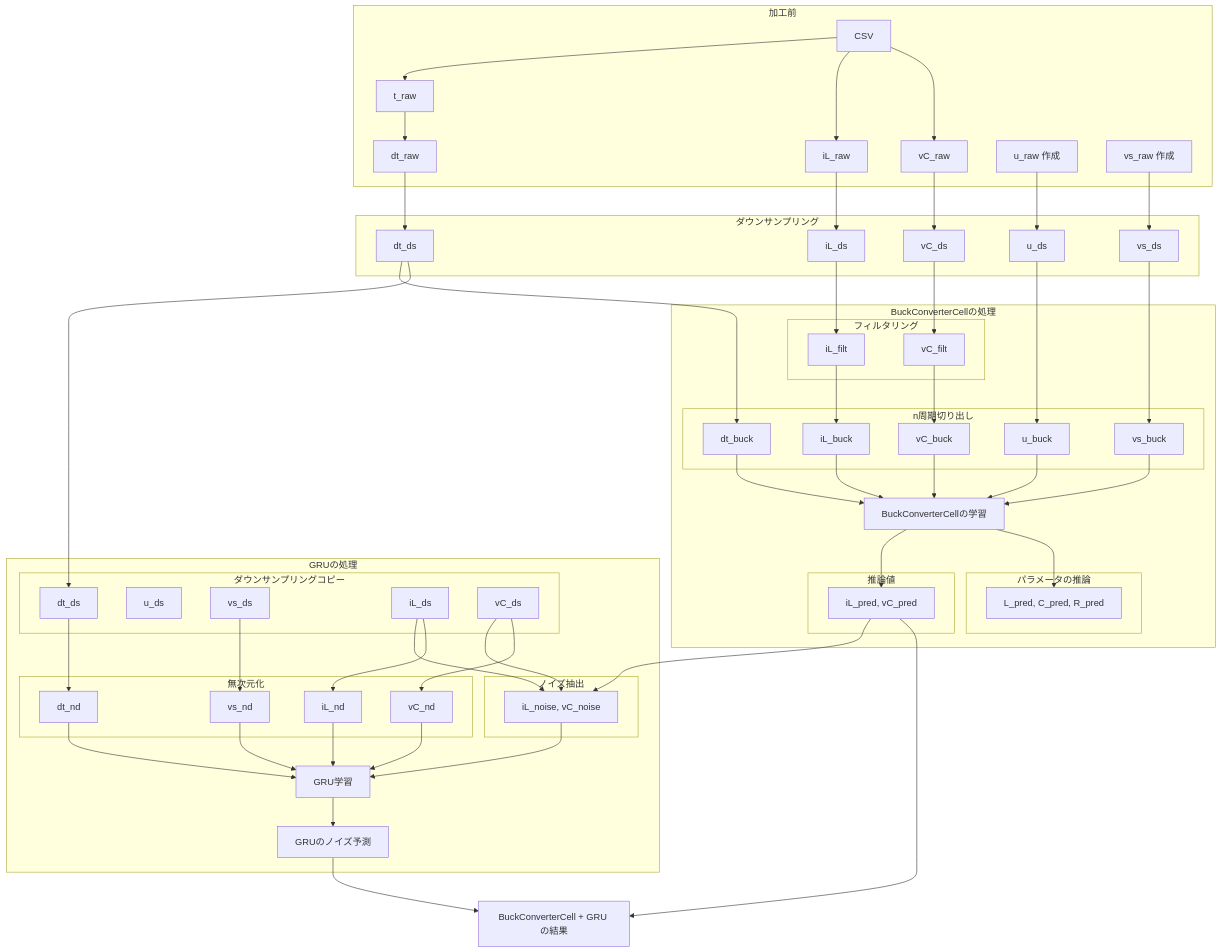
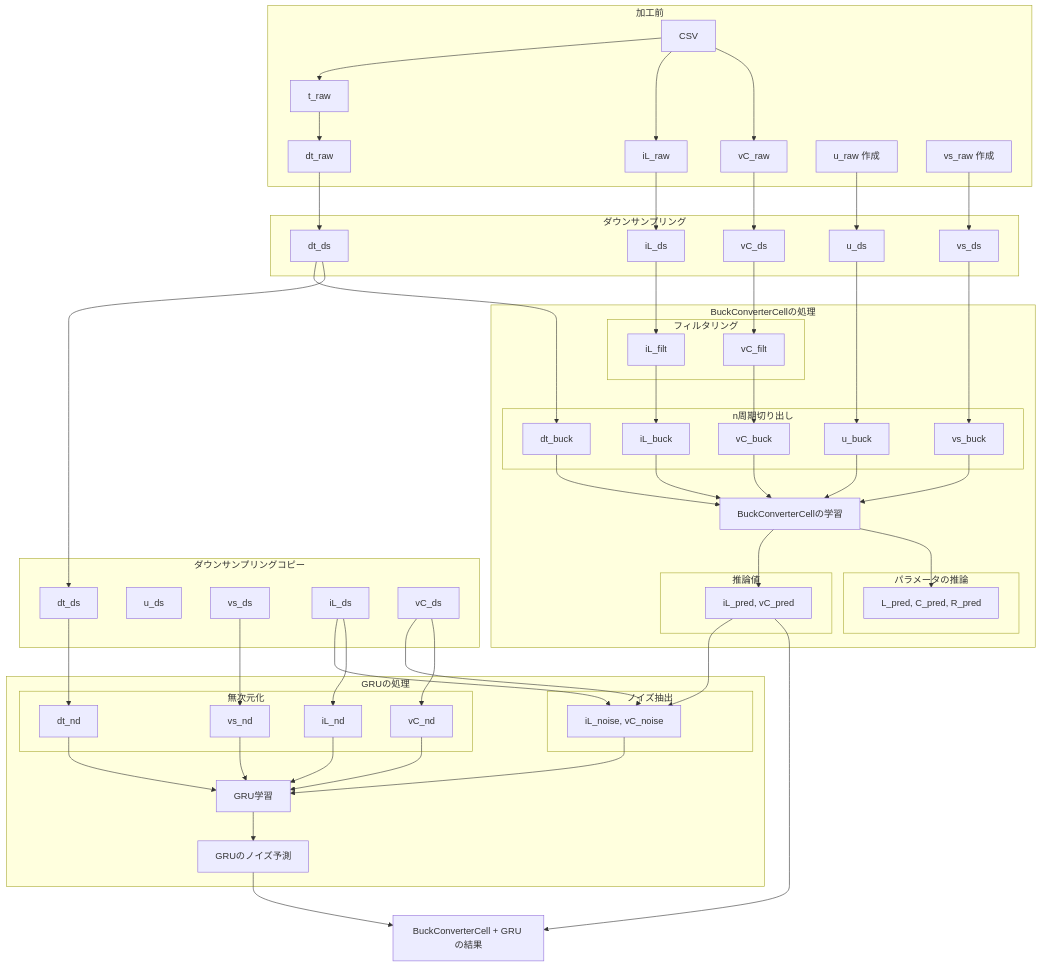
The diagram in 進捗報告資料/01_15/slide.md (University-Laboratory/rnn-pann), drawn with Mermaid before and after one commit.

Commit message:
refactor: Simplify flowchart in slide.md by removing redundant subgraph for downsampling; enhance clarity by consolidating processing steps

```diff
--- a/進捗報告資料/01_15/slide.md
+++ b/進捗報告資料/01_15/slide.md
@@ -44,8 +44,6 @@
     vC_raw --> vC_downsampled
     u_raw --> u_downsampled
     vs_raw --> vs_downsampled
-
-    %% ここまで共通処理 %%
 
     subgraph BuckConverterCellの処理
         subgraph フィルタリング
@@ -87,15 +85,15 @@
         BuckConverterCell --> BuckConverterCell_params
     end
 
+    subgraph ダウンサンプリングコピー
+        dt_downsampled_copy[dt_ds]
+        u_downsampled_copy[u_ds]
+        vs_downsampled_copy[vs_ds]
+        iL_downsampled_copy[iL_ds]
+        vC_downsampled_copy[vC_ds]
+    end
+    dt_downsampled --> dt_downsampled_copy
     subgraph GRUの処理
-        subgraph ダウンサンプリングコピー
-            dt_downsampled_copy[dt_ds]
-            u_downsampled_copy[u_ds]
-            vs_downsampled_copy[vs_ds]
-            iL_downsampled_copy[iL_ds]
-            vC_downsampled_copy[vC_ds]
-        end
-        dt_downsampled --> dt_downsampled_copy
 
         subgraph ノイズ抽出
             noise_data[iL_noise, vC_noise]
```
